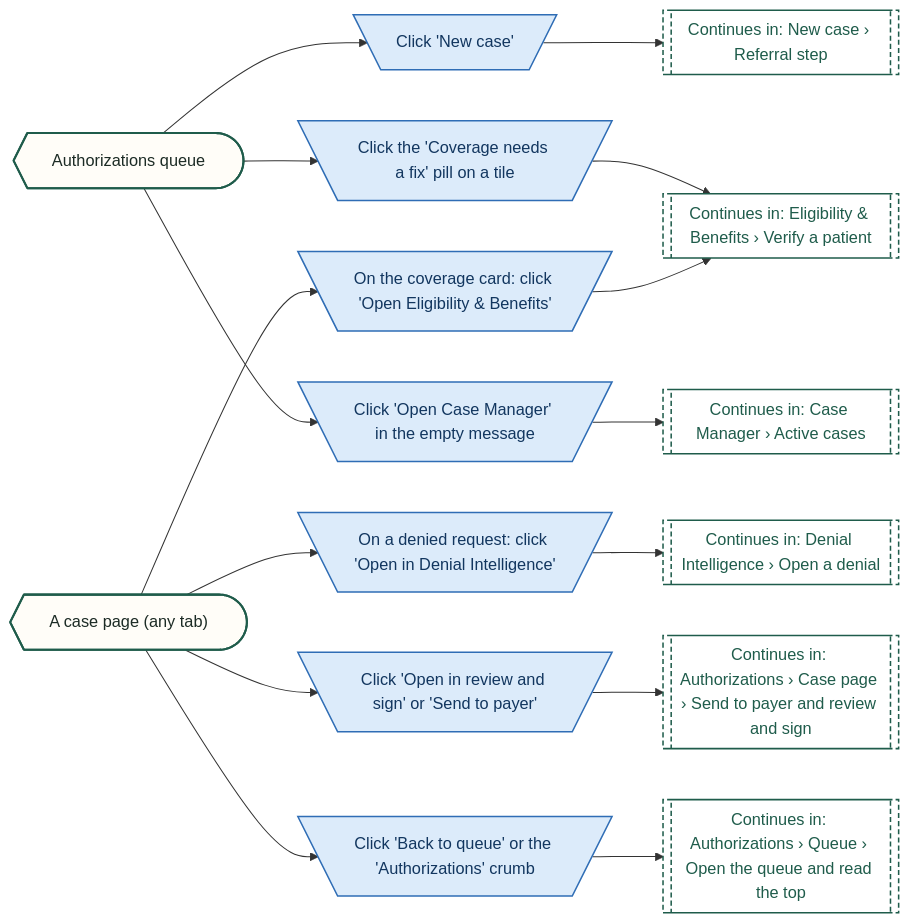
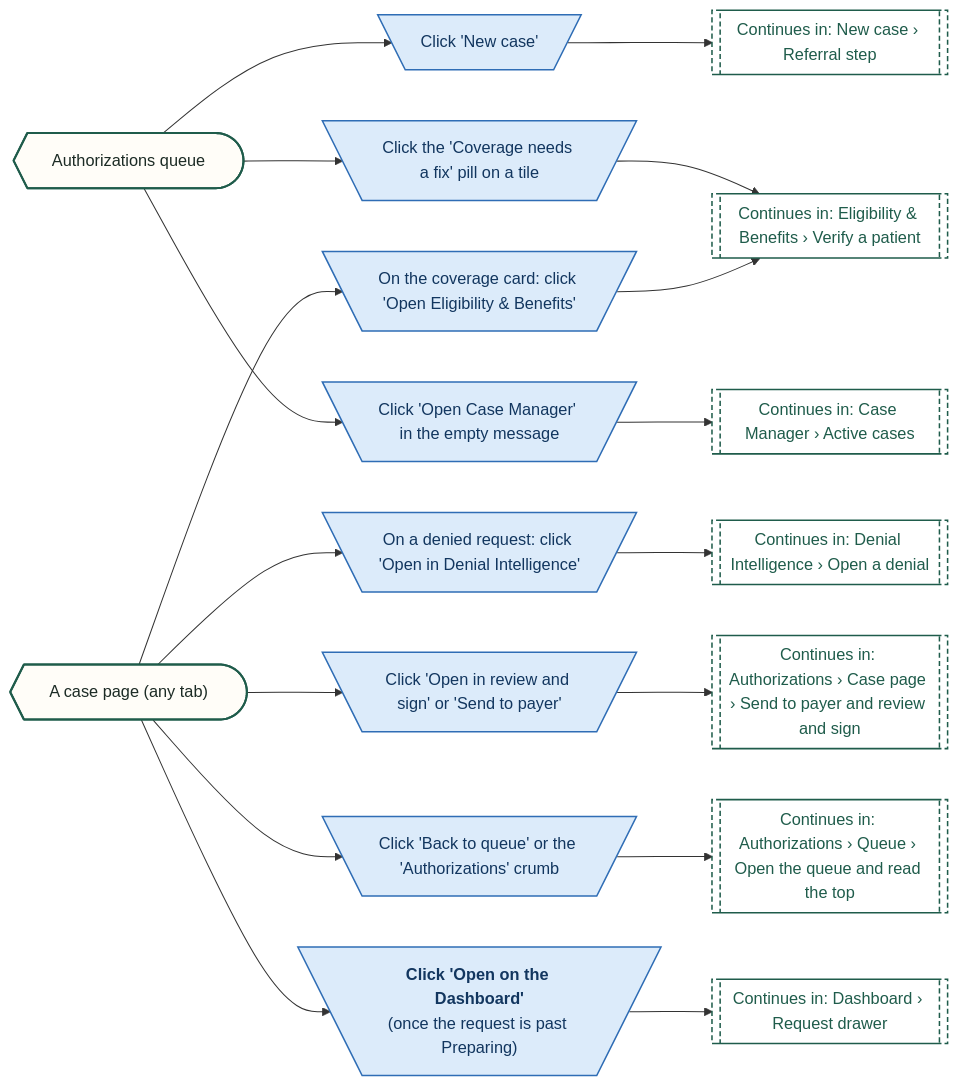
The diagram in demos/prior-auth-demo/workflows/out/mmd/03-authorizations/80-case-exits.mmd (Shrav143/psyfloapp), drawn with Mermaid before and after one commit. The commit also changed 195 other files, not shown here.

First line of the commit message:
docs: Rebuild workflow diagrams after the demo fixes (220 diagrams)

```diff
--- a/demos/prior-auth-demo/workflows/out/mmd/03-authorizations/80-case-exits.mmd
+++ b/demos/prior-auth-demo/workflows/out/mmd/03-authorizations/80-case-exits.mmd
@@ -1,43 +1,46 @@
 %%{init: {"theme":"base","themeVariables":{"fontFamily":"'DM Sans', 'Segoe UI', system-ui, sans-serif","fontSize":"15px","lineColor":"#5B6B63","primaryTextColor":"#1C2B25","clusterBkg":"#FBF8F3","clusterBorder":"#D9CDBB","edgeLabelBackground":"#FFFFFF"},"flowchart":{"curve":"basis","nodeSpacing":36,"rankSpacing":48,"padding":12,"htmlLabels":true,"useMaxWidth":false,"wrappingWidth":230}} }%%
 flowchart LR
   classDef k_start fill:#1F5C4B,stroke:#174638,color:#FFFFFF,stroke-width:1.5px,font-weight:600
   classDef k_end fill:#DDEFE3,stroke:#2E7D4F,color:#14502F,stroke-width:1.5px,font-weight:600
   classDef k_endx fill:#FBE3E0,stroke:#C0392B,color:#7A1F16,stroke-width:1.5px,font-weight:600
   classDef k_screen fill:#FFFDF8,stroke:#1F5C4B,color:#1C2B25,stroke-width:2px
   classDef k_overlay fill:#F1F7F3,stroke:#1F5C4B,color:#1C2B25,stroke-width:2px,stroke-dasharray:5 3
   classDef k_click fill:#DCEBFA,stroke:#2F6DB5,color:#12365F,stroke-width:1.5px
   classDef k_input fill:#E4E7FF,stroke:#4C5FD5,color:#1D2670,stroke-width:1.5px
   classDef k_process fill:#EEF0EE,stroke:#7A857F,color:#26302B,stroke-width:1.5px
   classDef k_agent fill:#EEE5FA,stroke:#7A4FC2,color:#341A63,stroke-width:1.5px
   classDef k_decision fill:#FFF0CC,stroke:#D9962B,color:#5C3B00,stroke-width:1.5px
   classDef k_store fill:#D5F0EA,stroke:#1C8E7B,color:#0B4A3F,stroke-width:1.5px
   classDef k_doc fill:#F6E9DC,stroke:#B07A4C,color:#4A2E14,stroke-width:1.5px
   classDef k_ext fill:#FFE6D2,stroke:#E07B39,color:#6B2F06,stroke-width:1.5px
   classDef k_wait fill:#E4E8EE,stroke:#6B7C93,color:#26303D,stroke-width:1.5px
   classDef k_toast fill:#FFF9DB,stroke:#C9A400,color:#5A4A00,stroke-width:1.5px
   classDef k_goto fill:#FFFFFF,stroke:#1F5C4B,color:#1F5C4B,stroke-width:1.5px,stroke-dasharray:5 3
   q@{ shape: curv-trap, label: "Authorizations queue" }
   cp@{ shape: curv-trap, label: "A case page (any tab)" }
   l1@{ shape: trap-t, label: "Click 'New case'" }
   l2@{ shape: trap-t, label: "Click the 'Coverage needs a fix' pill on a tile" }
   l6@{ shape: trap-t, label: "Click 'Open Case Manager' in the empty message" }
   l3@{ shape: trap-t, label: "On the coverage card: click 'Open Eligibility & Benefits'" }
   l4@{ shape: trap-t, label: "On a denied request: click 'Open in Denial Intelligence'" }
   l5@{ shape: trap-t, label: "Click 'Open in review and sign' or 'Send to payer'" }
   l7@{ shape: trap-t, label: "Click 'Back to queue' or the 'Authorizations' crumb" }
+  l8@{ shape: trap-t, label: "<b>Click 'Open on the Dashboard'</b><br/>(once the request is past Preparing)" }
   g1@{ shape: subproc, label: "Continues in: New case › Referral step" }
   g2@{ shape: subproc, label: "Continues in: Eligibility & Benefits › Verify a patient" }
   g5@{ shape: subproc, label: "Continues in: Case Manager › Active cases" }
   g3@{ shape: subproc, label: "Continues in: Denial Intelligence › Open a denial" }
   g4@{ shape: subproc, label: "Continues in: Authorizations › Case page › Send to payer and review and sign" }
   g6@{ shape: subproc, label: "Continues in: Authorizations › Queue › Open the queue and read the top" }
+  g7@{ shape: subproc, label: "Continues in: Dashboard › Request drawer" }
   q --> l1 --> g1
   q --> l2 --> g2
   q --> l6 --> g5
   cp --> l3 --> g2
   cp --> l4 --> g3
   cp --> l5 --> g4
   cp --> l7 --> g6
+  cp --> l8 --> g7
   class q,cp k_screen
-  class l1,l2,l6,l3,l4,l5,l7 k_click
-  class g1,g2,g5,g3,g4,g6 k_goto
+  class l1,l2,l6,l3,l4,l5,l7,l8 k_click
+  class g1,g2,g5,g3,g4,g6,g7 k_goto
```
